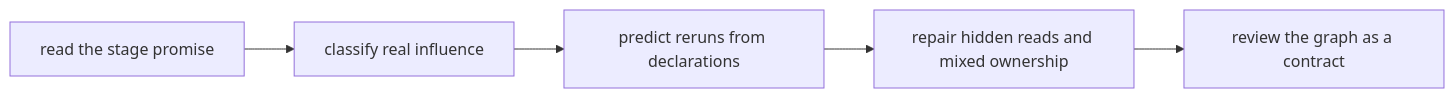
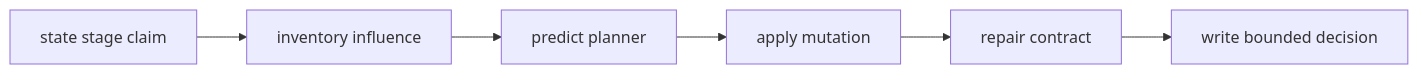
The second of 3 diagrams in programs/reproducible-research/deep-dive-dvc/course-book/module-04-truthful-pipelines-declared-dependencies/exercises.md (bijux/bijux-masterclass), drawn with Mermaid before and after one commit. The commit also changed other lines of this file, not shown here.

Commit message:
docs(dvc): make stage contract practice evidence driven

````diff
--- a/programs/reproducible-research/deep-dive-dvc/course-book/module-04-truthful-pipelines-declared-dependencies/exercises.md
+++ b/programs/reproducible-research/deep-dive-dvc/course-book/module-04-truthful-pipelines-declared-dependencies/exercises.md
@@ -19,7 +18,8 @@
 ```mermaid
 flowchart LR
-  promise["read the stage promise"] --> classify["classify real influence"]
-  classify --> predict["predict reruns from declarations"]
-  predict --> repair["repair hidden reads and mixed ownership"]
-  repair --> review["review the graph as a contract"]
+  claim["state stage claim"] --> ledger["inventory influence"]
+  ledger --> predict["predict planner"]
+  predict --> challenge["apply mutation"]
+  challenge --> repair["repair contract"]
+  repair --> review["write bounded decision"]
 ```
````
